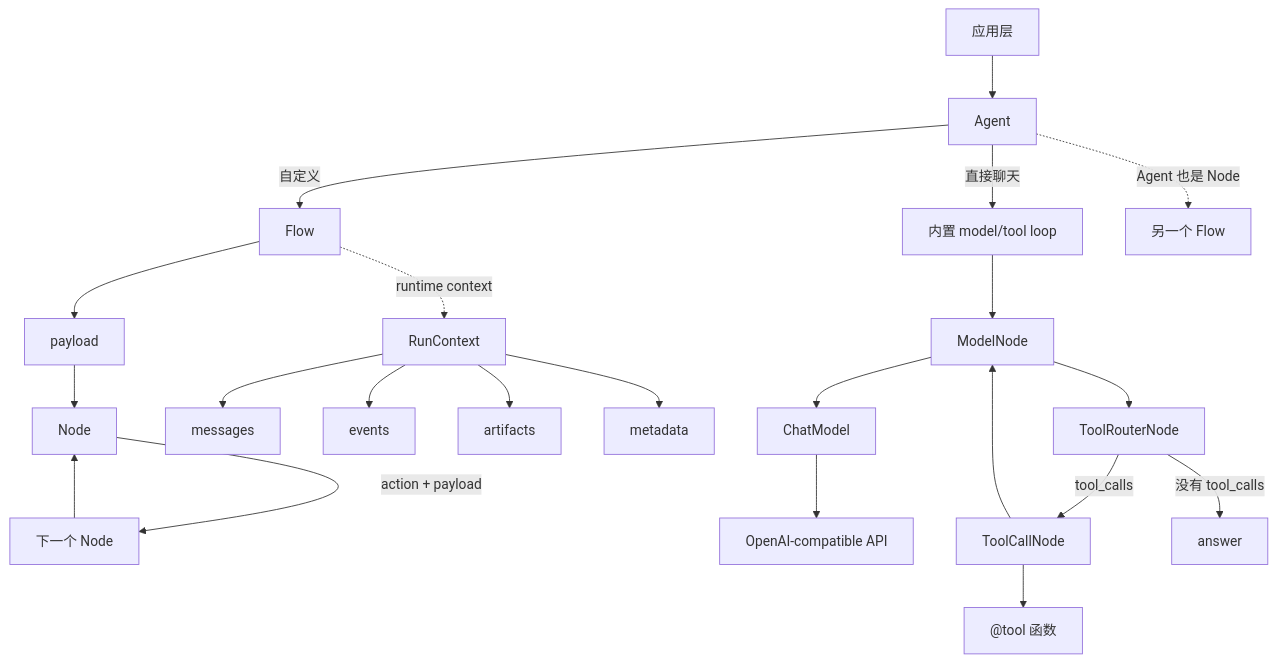
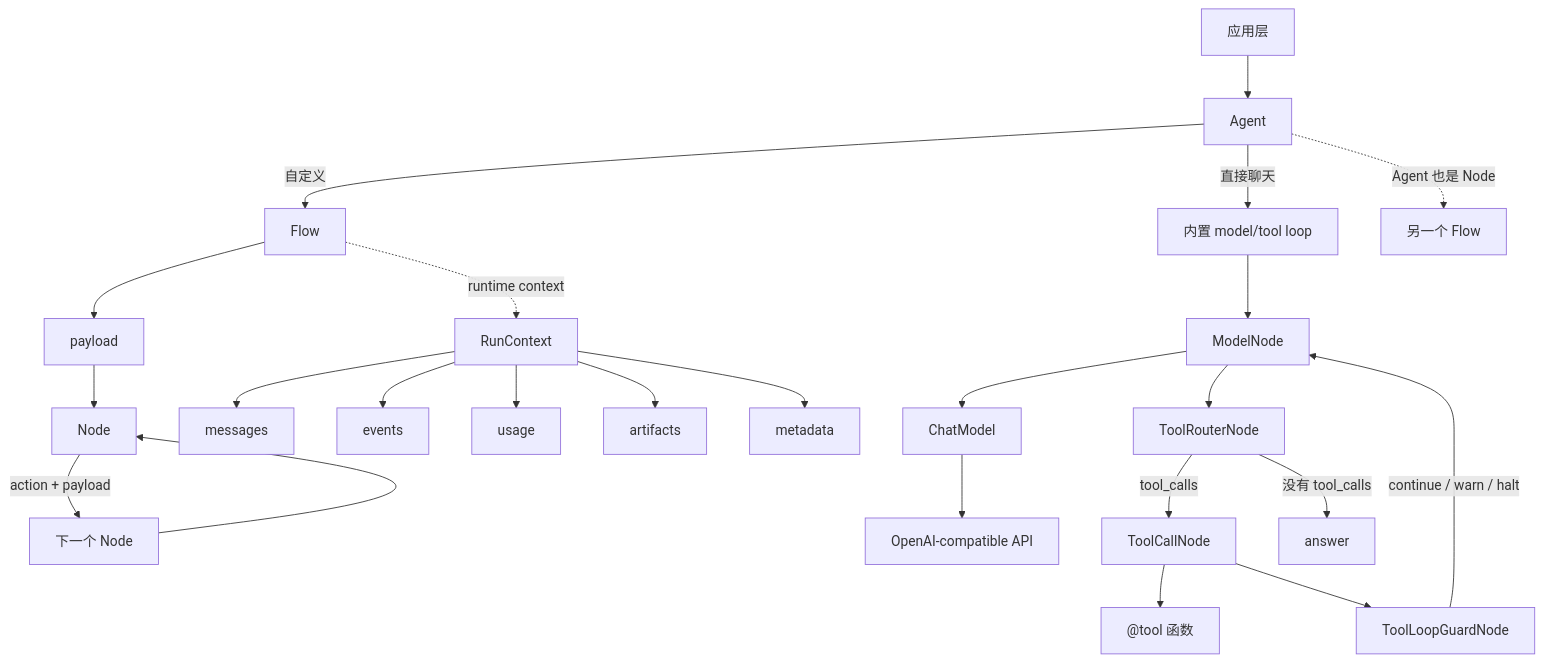
The diagram in README.zh-CN.md (Lancetwang/agent-core-runtime), drawn with Mermaid before and after one commit. The commit also changed other lines of this file and 24 other files, not shown here.

Commit message:
feat(runtime)!: add native async graphs and loop safeguards

````diff
--- a/README.zh-CN.md
+++ b/README.zh-CN.md
@@ -35,27 +36,29 @@
 ```mermaid
 flowchart TD
     App["应用层"] --> Agent["Agent"]
     Agent -->|"直接聊天"| BuiltIn["内置 model/tool loop"]
     Agent -->|"自定义"| Flow["Flow"]
     Agent -. "Agent 也是 Node" .-> OuterFlow["另一个 Flow"]
 
     Flow --> Data["payload"]
     Data --> Node["Node"]
     Node -->|"action + payload"| Next["下一个 Node"]
     Next --> Node
 
     Flow -. "runtime context" .-> Context["RunContext"]
     Context --> Messages["messages"]
     Context --> Events["events"]
+    Context --> Usage["usage"]
     Context --> Artifacts["artifacts"]
     Context --> Metadata["metadata"]
 
     BuiltIn --> ModelNode["ModelNode"]
     ModelNode --> ChatModel["ChatModel"]
     ChatModel --> OpenAI["OpenAI-compatible API"]
     ModelNode --> Router["ToolRouterNode"]
     Router -->|"tool_calls"| ToolNode["ToolCallNode"]
     ToolNode --> Tools["@tool 函数"]
-    ToolNode --> ModelNode
+    ToolNode --> Guard["ToolLoopGuardNode"]
+    Guard -->|"continue / warn / halt"| ModelNode
     Router -->|"没有 tool_calls"| Answer["answer"]
 ```
````
